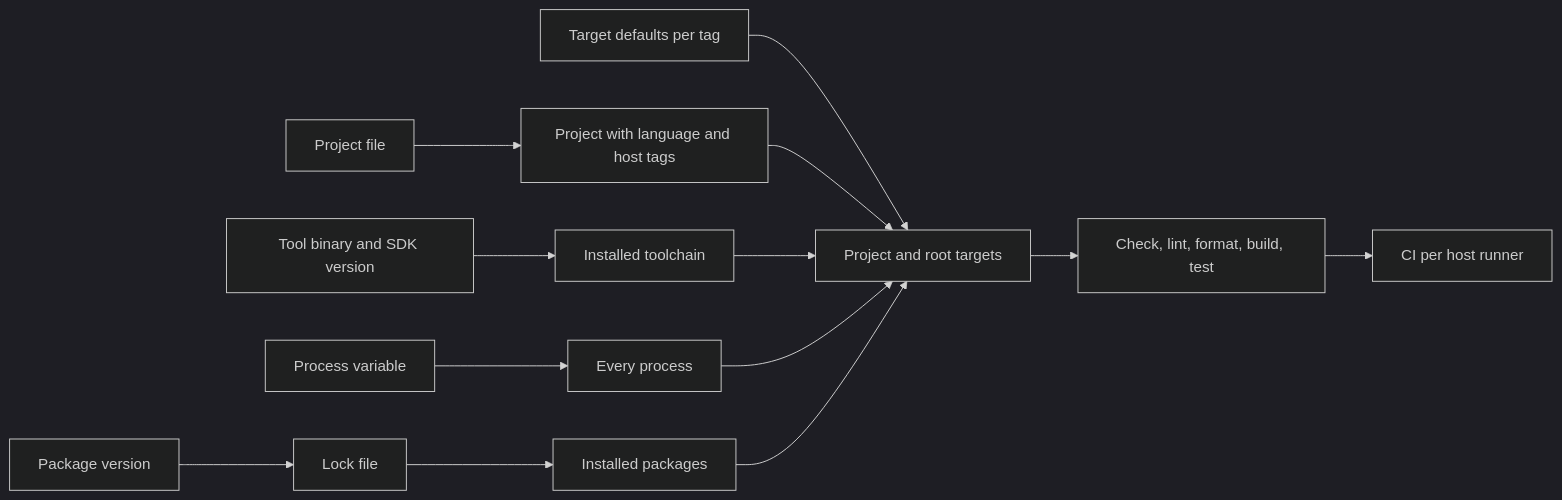
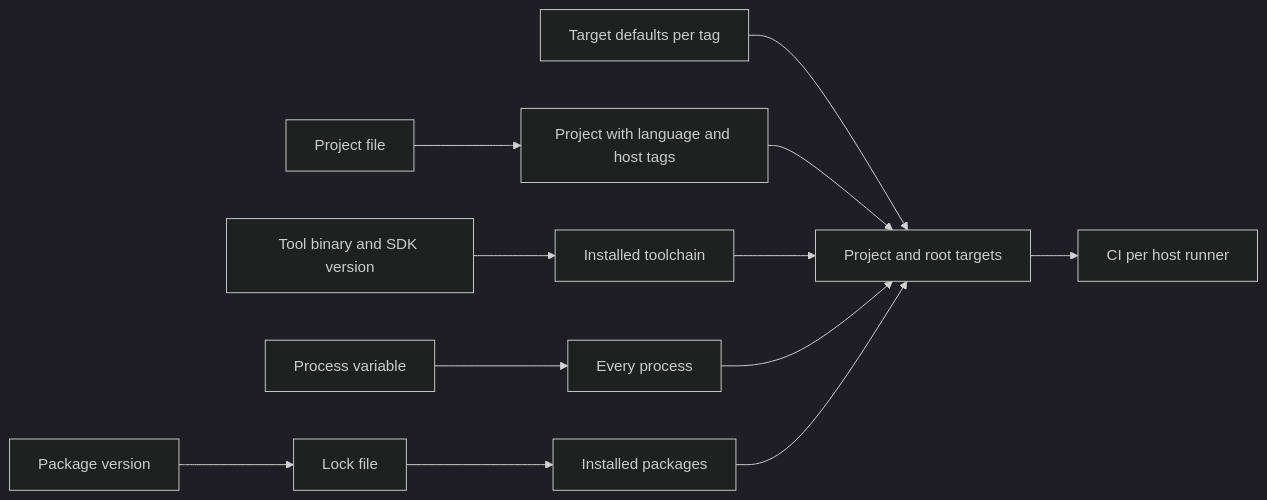
Before and after one commit to bsamiee/Rasm: the diagram in README.md, drawn with Mermaid (dark theme). The commit also changed other lines of this file and 434 other files, not shown here.

````diff
--- a/README.md
+++ b/README.md
@@ -84,12 +79,11 @@
 ```mermaid
 flowchart LR
     tools["Tool binary and SDK version"] --> toolchain["Installed toolchain"]
     variables["Process variable"] --> processes["Every process"]
     packages["Package version"] --> locks["Lock file"] --> installed["Installed packages"]
     project_files["Project file"] --> projects["Project with language and host tags"]
     defaults["Target defaults per tag"] --> targets["Project and root targets"]
     projects --> targets
     toolchain & processes & installed --> targets
-    targets --> checks["Check, lint, format, build, test"]
-    checks --> ci["CI per host runner"]
+    targets --> ci["CI per host runner"]
 ```
````
